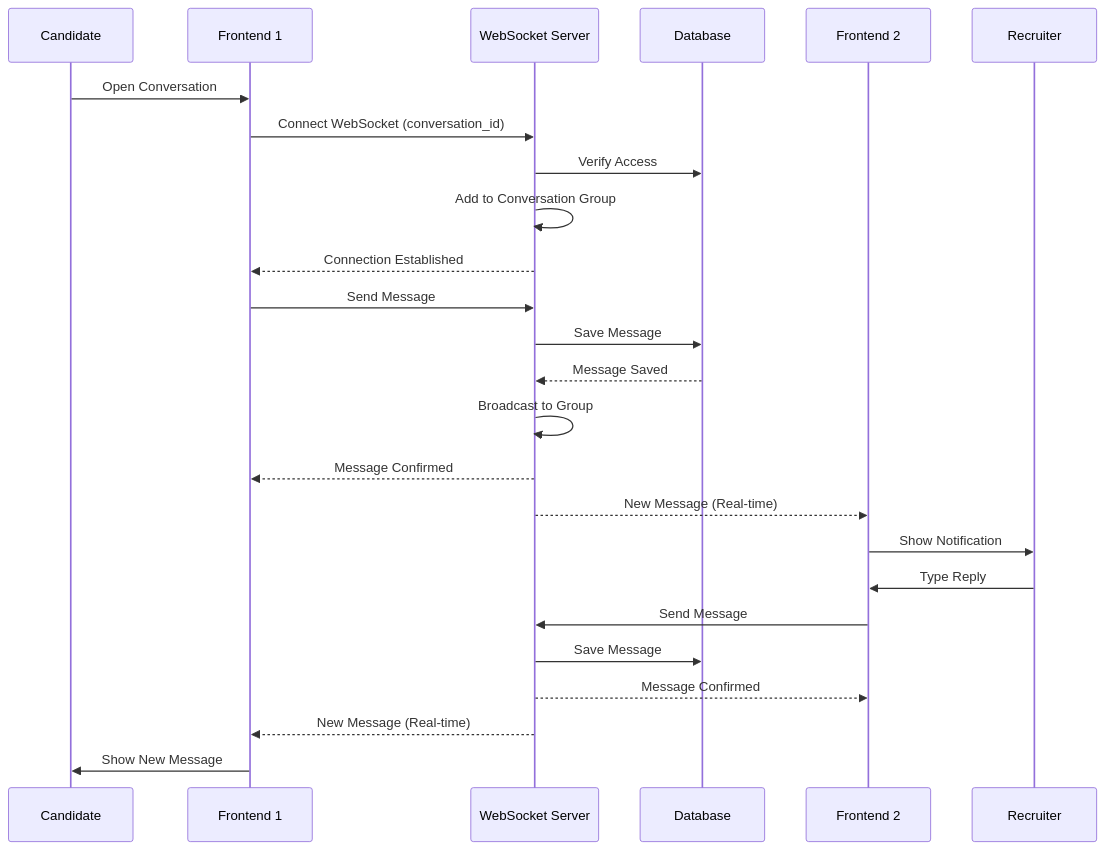
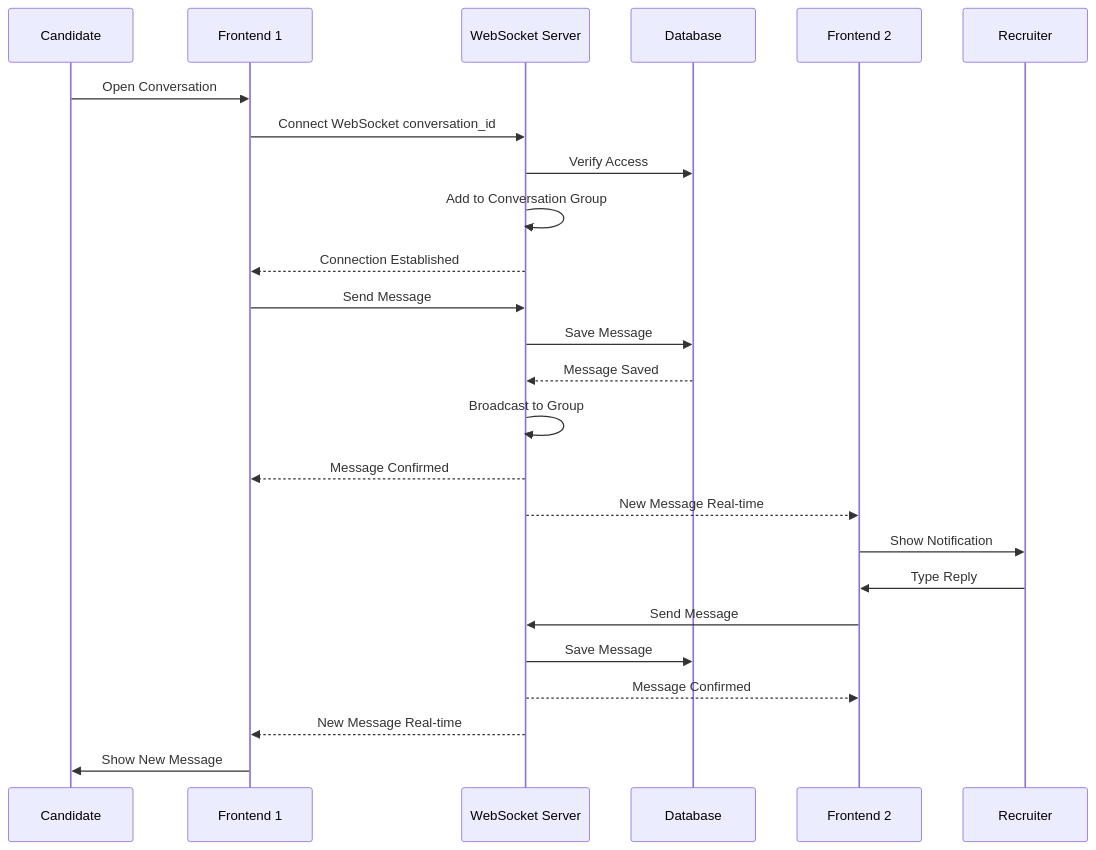
The seventh of 17 diagrams in SYSTEM_DOCUMENTATION.md (adil77672/recruitment-platform-docs), drawn with Mermaid before and after one commit. The commit also changed other lines of this file, not shown here.

````diff
--- a/SYSTEM_DOCUMENTATION.md
+++ b/SYSTEM_DOCUMENTATION.md
@@ -913,31 +913,31 @@
 ```mermaid
 sequenceDiagram
     participant C as Candidate
     participant F1 as Frontend 1
     participant WS as WebSocket Server
     participant DB as Database
     participant F2 as Frontend 2
     participant R as Recruiter
     
     C->>F1: Open Conversation
-    F1->>WS: Connect WebSocket (conversation_id)
+    F1->>WS: Connect WebSocket conversation_id
     WS->>DB: Verify Access
     WS->>WS: Add to Conversation Group
     WS-->>F1: Connection Established
     
     F1->>WS: Send Message
     WS->>DB: Save Message
     DB-->>WS: Message Saved
     
     WS->>WS: Broadcast to Group
     WS-->>F1: Message Confirmed
-    WS-->>F2: New Message (Real-time)
+    WS-->>F2: New Message Real-time
     F2->>R: Show Notification
     
     R->>F2: Type Reply
     F2->>WS: Send Message
     WS->>DB: Save Message
     WS-->>F2: Message Confirmed
-    WS-->>F1: New Message (Real-time)
+    WS-->>F1: New Message Real-time
     F1->>C: Show New Message
 ```
````
